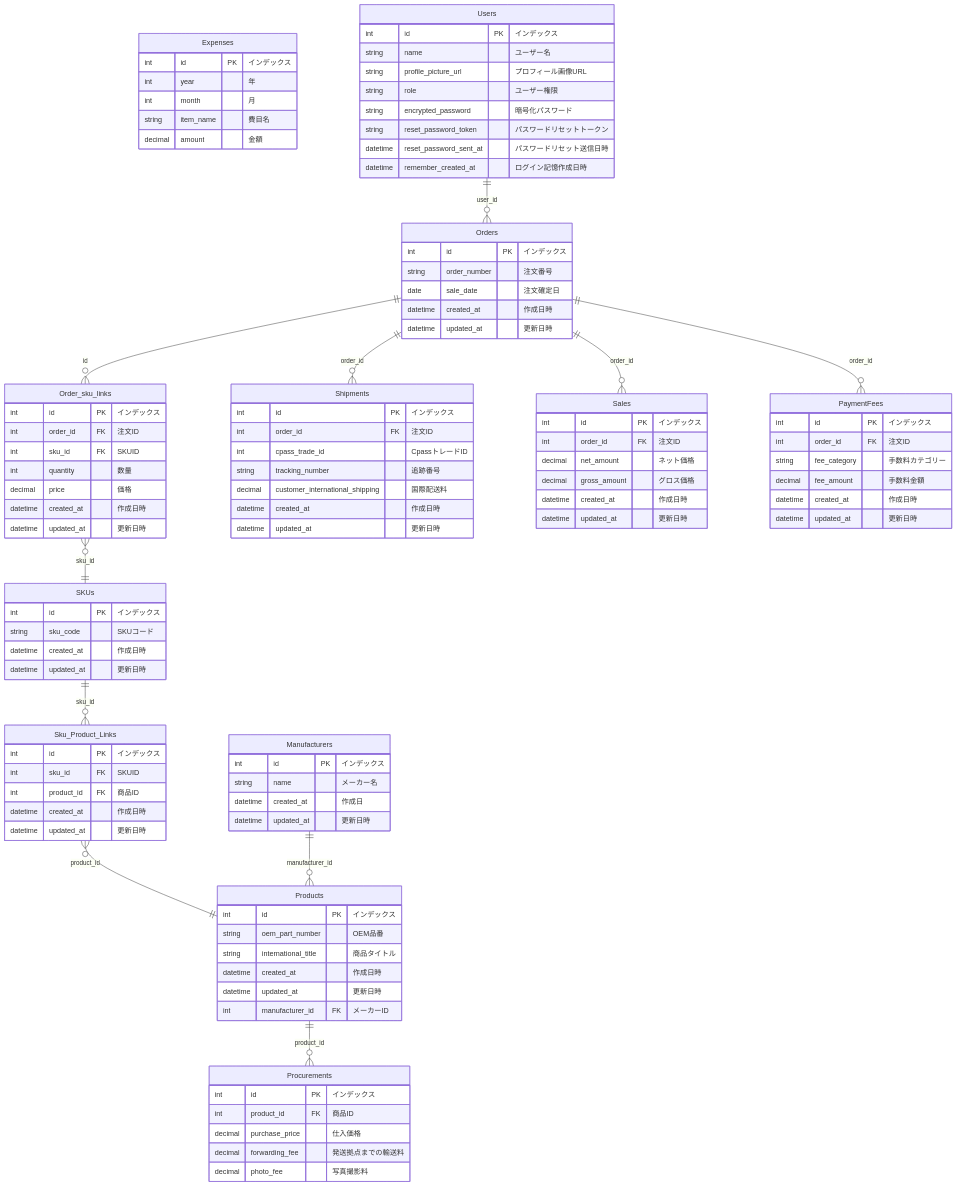
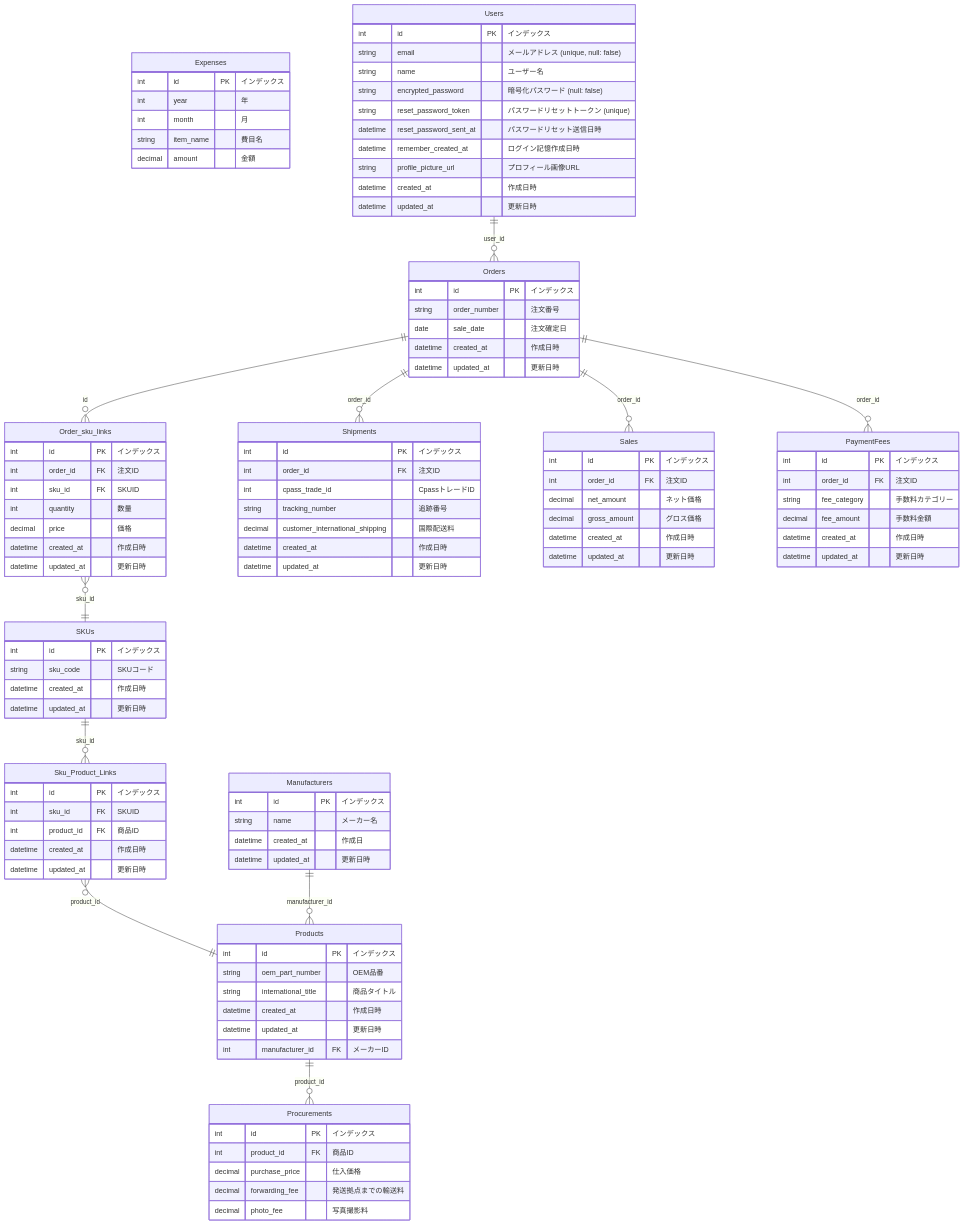
The diagram in mermaid.mmd (masaengineer/parts-sync-tool), drawn with Mermaid before and after one commit. The commit also changed 4 other files, not shown here.

```diff
--- a/mermaid.mmd
+++ b/mermaid.mmd
@@ -1,115 +1,117 @@
 erDiagram
     Orders {
         int id PK "インデックス"
         string order_number "注文番号"
         date sale_date "注文確定日"
         datetime created_at "作成日時"
         datetime updated_at "更新日時"
     }
 
     Order_sku_links {
         int id PK "インデックス"
         int order_id FK "注文ID"
         int sku_id FK "SKUID"
         int quantity "数量"
         decimal price "価格"
         datetime created_at "作成日時"
         datetime updated_at "更新日時"
     }
 
     SKUs {
         int id PK "インデックス"
         string sku_code "SKUコード"
         datetime created_at "作成日時"
         datetime updated_at "更新日時"
     }
 
     Sku_Product_Links {
         int id PK "インデックス"
         int sku_id FK "SKUID"
         int product_id FK "商品ID"
         datetime created_at "作成日時"
         datetime updated_at "更新日時"
     }
 
     Products {
         int id PK "インデックス"
         string oem_part_number "OEM品番"
         string international_title "商品タイトル"
         datetime created_at "作成日時"
         datetime updated_at "更新日時"
         int manufacturer_id FK "メーカーID"
     }
 
     Manufacturers {
         int id PK "インデックス"
         string name "メーカー名"
         datetime created_at "作成日"
         datetime updated_at "更新日時"
     }
 
     Shipments {
         int id PK "インデックス"
         int order_id FK "注文ID"
         int cpass_trade_id "CpassトレードID"
         string tracking_number "追跡番号"
         decimal customer_international_shipping "国際配送料"
         datetime created_at "作成日時"
         datetime updated_at "更新日時"
     }
 
     Procurements {
         int id PK "インデックス"
         int product_id FK "商品ID"
         decimal purchase_price "仕入価格"
         decimal forwarding_fee "発送拠点までの輸送料"
         decimal photo_fee "写真撮影料"
     }
 
     Sales {
         int id PK "インデックス"
         int order_id FK "注文ID"
         decimal net_amount "ネット価格"
         decimal gross_amount "グロス価格"
         datetime created_at "作成日時"
         datetime updated_at "更新日時"
     }
 
     PaymentFees {
         int id PK "インデックス"
         int order_id FK "注文ID"
         string fee_category "手数料カテゴリー"
         decimal fee_amount "手数料金額"
         datetime created_at "作成日時"
         datetime updated_at "更新日時"
     }
 
     Expenses {
         int id PK "インデックス"
         int year "年"
         int month "月"
         string item_name "費目名"
         decimal amount "金額"
     }
 
     Users {
         int id PK "インデックス"
+        string email "メールアドレス (unique, null: false)"
         string name "ユーザー名"
-        string profile_picture_url "プロフィール画像URL"
-        string role "ユーザー権限"
-        string encrypted_password "暗号化パスワード"
-        string reset_password_token "パスワードリセットトークン"
+        string encrypted_password "暗号化パスワード (null: false)"
+        string reset_password_token "パスワードリセットトークン (unique)"
         datetime reset_password_sent_at "パスワードリセット送信日時"
         datetime remember_created_at "ログイン記憶作成日時"
+        string profile_picture_url "プロフィール画像URL"
+        datetime created_at "作成日時"
+        datetime updated_at "更新日時"
     }
 
     Orders ||--o{ Order_sku_links : "id"
     Order_sku_links }o--|| SKUs : "sku_id"
     Users ||--o{ Orders : "user_id"
     SKUs ||--o{ Sku_Product_Links : "sku_id"
     Sku_Product_Links }o--|| Products : "product_id"
     Orders ||--o{ Shipments : "order_id"
     Orders ||--o{ Sales : "order_id"
     Orders ||--o{ PaymentFees : "order_id"
     Manufacturers ||--o{ Products : "manufacturer_id"
     Products ||--o{ Procurements : "product_id"
```
